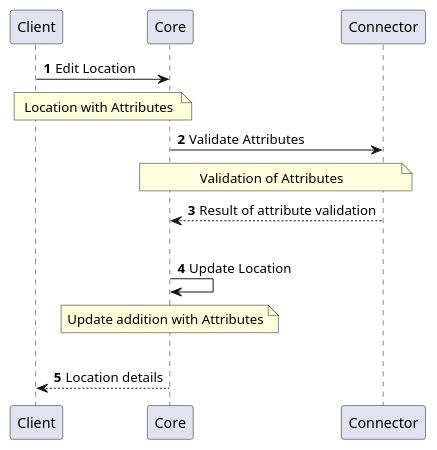
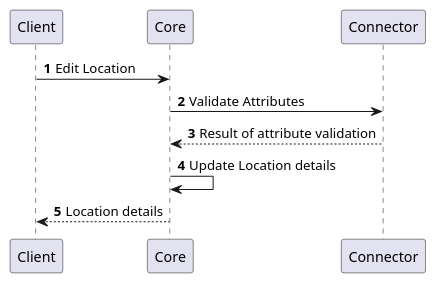
Before and after one commit to CZERTAINLY/CZERTAINLY-Documentation: the seventh of 13 diagrams in docs/12-connectors/05-description/32-entity-provider.md, drawn with PlantUML. The commit also changed other lines of this file and 8 other files, not shown here.

First line of the commit message:
Update description of plantuml diagrams on the providers

````diff
--- a/docs/12-connectors/05-description/32-entity-provider.md
+++ b/docs/12-connectors/05-description/32-entity-provider.md
@@ -167,16 +135,11 @@
 ```plantuml
     @startuml
     autonumber
     skinparam topurl https://docs.czertainly.com/api/
         Client -> Core [[core-location/#tag/Location-Management-API/operation/editLocation]]: Edit Location
-        note over Client,Core: Location with Attributes
         Core -> Connector [[connector-entity-provider/#tag/Entity-Management-API/operation/validateLocationAttributes]]: Validate Attributes
-        note over Core,Connector: Validation of Attributes
         Connector --> Core: Result of attribute validation
-        |||
-        Core -> Core: Update Location
-        note over Core: Update addition with Attributes
-        |||
+        Core -> Core: Update Location details
         Core --> Client: Location details
     @enduml
 ```
````
